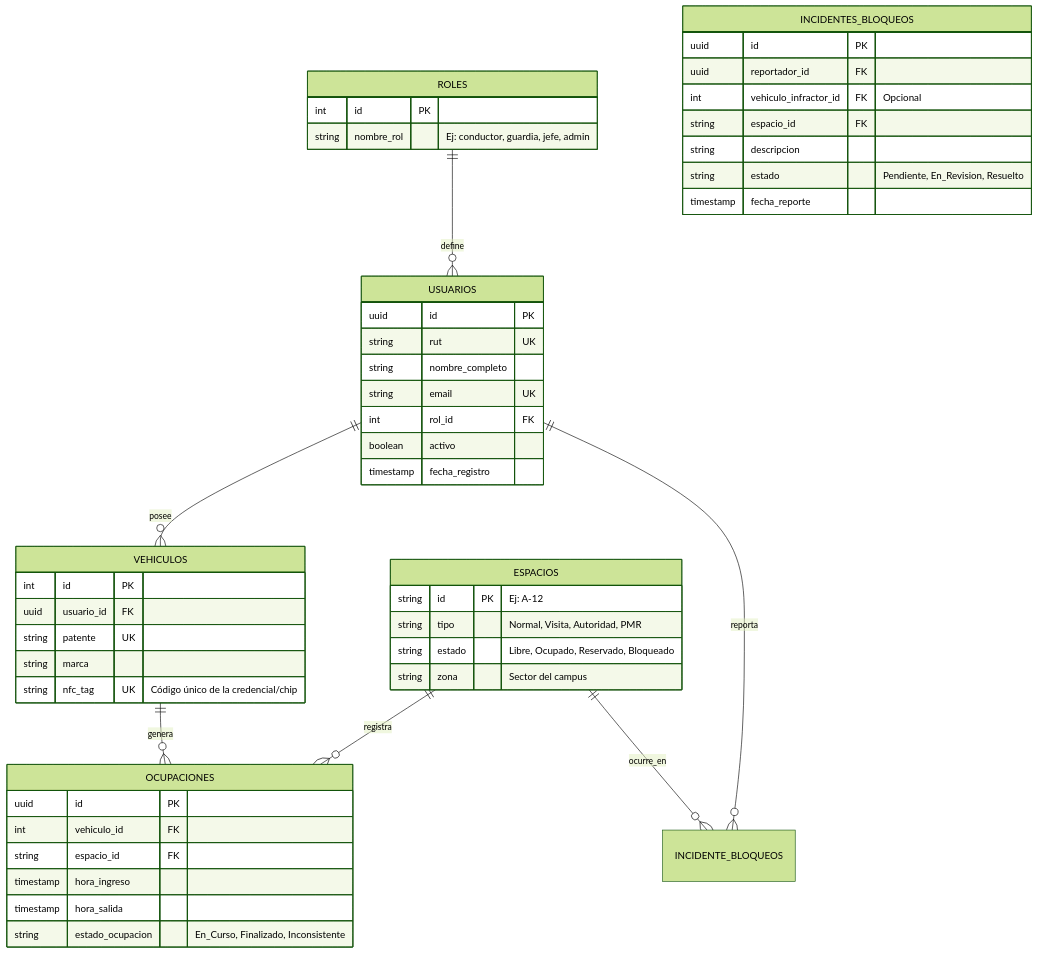
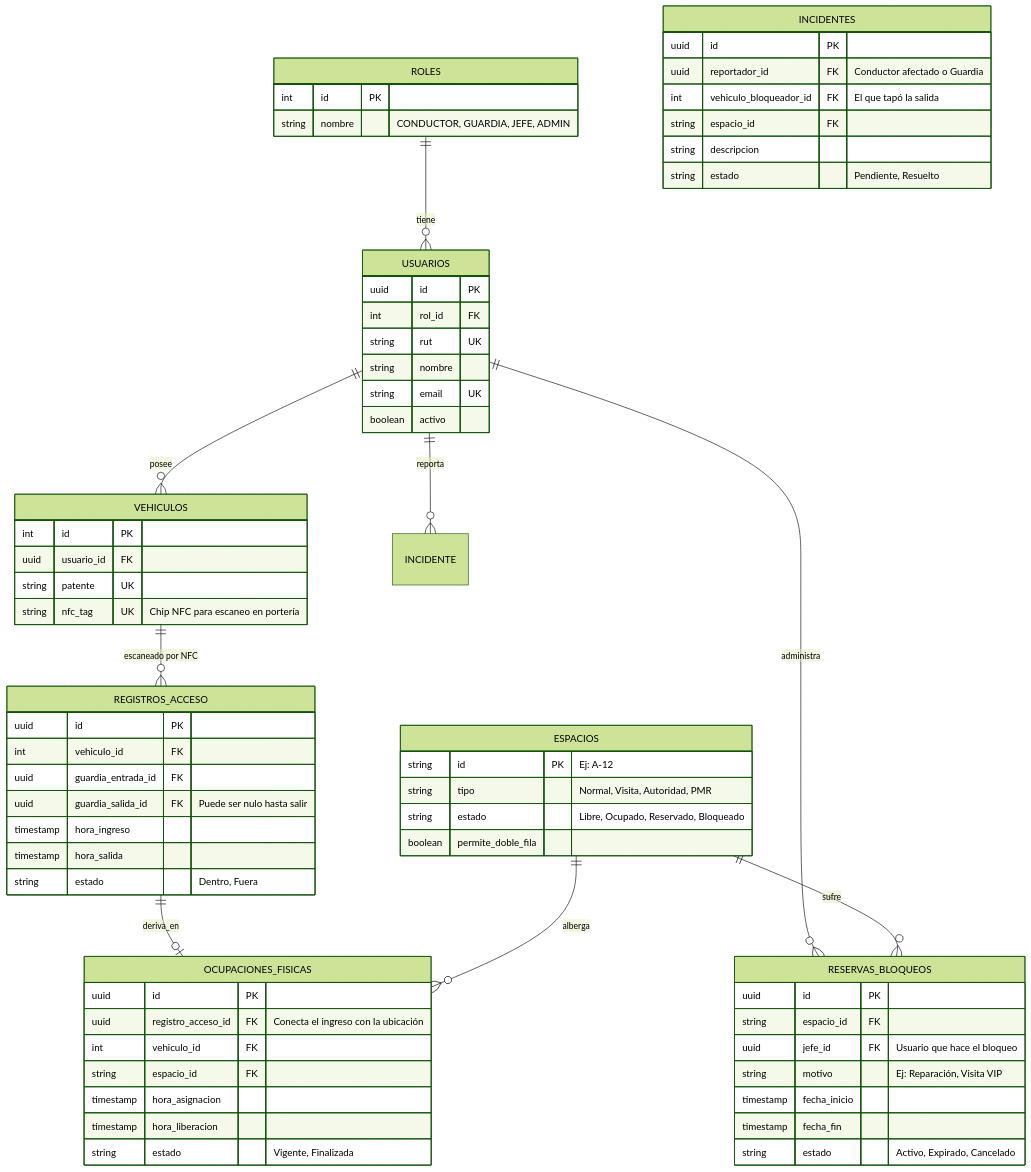
Before and after one commit to josriveraF/estacionamiento_duoc: the diagram in avance pitch/9_BD_y_Prompts_Figma.md, drawn with Mermaid (forest theme). The commit also changed other lines of this file and 77 other files, not shown here.

````diff
--- a/avance pitch/9_BD_y_Prompts_Figma.md
+++ b/avance pitch/9_BD_y_Prompts_Figma.md
@@ -10,61 +11,83 @@
 ```mermaid
 erDiagram
-    %% Entidades Principales
+    %% [SERVICIO 4] SUPER ADMIN GESTIONA ESTAS TABLAS
     ROLES {
         int id PK
-        string nombre_rol "Ej: conductor, guardia, jefe, admin"
+        string nombre "CONDUCTOR, GUARDIA, JEFE, ADMIN"
     }
-    
     USUARIOS {
         uuid id PK
+        int rol_id FK
         string rut UK
-        string nombre_completo
+        string nombre
         string email UK
-        int rol_id FK
         boolean activo
-        timestamp fecha_registro
     }
-
     VEHICULOS {
         int id PK
         uuid usuario_id FK
         string patente UK
-        string marca
-        string nfc_tag UK "Código único de la credencial/chip"
+        string nfc_tag UK "Chip NFC para escaneo en portería"
     }
 
+    %% INFRAESTRUCTURA DE SEDE
     ESPACIOS {
         string id PK "Ej: A-12"
         string tipo "Normal, Visita, Autoridad, PMR"
         string estado "Libre, Ocupado, Reservado, Bloqueado"
-        string zona "Sector del campus"
+        boolean permite_doble_fila
     }
 
-    %% Tablas Transaccionales
-    OCUPACIONES {
+    %% [SERVICIO 2] APP GUARDIA CONTROLA LOS ACCESOS (AFORO)
+    REGISTROS_ACCESO {
         uuid id PK
         int vehiculo_id FK
-        string espacio_id FK
+        uuid guardia_entrada_id FK
+        uuid guardia_salida_id FK "Puede ser nulo hasta salir"
         timestamp hora_ingreso
         timestamp hora_salida
-        string estado_ocupacion "En_Curso, Finalizado, Inconsistente"
+        string estado "Dentro, Fuera"
     }
 
-    INCIDENTES_BLOQUEOS {
+    %% [SERVICIO 1] APP CONDUCTOR CONTROLA LA OCUPACIÓN EXACTA
+    OCUPACIONES_FISICAS {
         uuid id PK
-        uuid reportador_id FK
-        int vehiculo_infractor_id FK "Opcional"
+        uuid registro_acceso_id FK "Conecta el ingreso con la ubicación"
+        int vehiculo_id FK
+        string espacio_id FK
+        timestamp hora_asignacion
+        timestamp hora_liberacion
+        string estado "Vigente, Finalizada"
+    }
+
+    %% [SERVICIO 3] PANEL JEFATURA GESTIONA RESERVAS Y BLOQUEOS
+    RESERVAS_BLOQUEOS {
+        uuid id PK
+        string espacio_id FK
+        uuid jefe_id FK "Usuario que hace el bloqueo"
+        string motivo "Ej: Reparación, Visita VIP"
+        timestamp fecha_inicio
+        timestamp fecha_fin
+        string estado "Activo, Expirado, Cancelado"
+    }
+
+    %% [SERVICIO 1 y 2] CONDUCTORES REPORTAN, GUARDIAS GESTIONAN
+    INCIDENTES {
+        uuid id PK
+        uuid reportador_id FK "Conductor afectado o Guardia"
+        int vehiculo_bloqueador_id FK "El que tapó la salida"
         string espacio_id FK
         string descripcion
-        string estado "Pendiente, En_Revision, Resuelto"
-        timestamp fecha_reporte
+        string estado "Pendiente, Resuelto"
     }
 
     %% Relaciones
-    ROLES ||--o{ USUARIOS : "define"
-    USUARIOS ||--o{ VEHICULOS : "posee"
-    VEHICULOS ||--o{ OCUPACIONES : "genera"
-    ESPACIOS ||--o{ OCUPACIONES : "registra"
-    USUARIOS ||--o{ INCIDENTE_BLOQUEOS : "reporta"
-    ESPACIOS ||--o{ INCIDENTE_BLOQUEOS : "ocurre_en"
+    ROLES ||--o{ USUARIOS : tiene
+    USUARIOS ||--o{ VEHICULOS : posee
+    VEHICULOS ||--o{ REGISTROS_ACCESO : "escaneado por NFC"
+    REGISTROS_ACCESO ||--o| OCUPACIONES_FISICAS : deriva_en
+    ESPACIOS ||--o{ OCUPACIONES_FISICAS : alberga
+    USUARIOS ||--o{ RESERVAS_BLOQUEOS : administra
+    ESPACIOS ||--o{ RESERVAS_BLOQUEOS : sufre
+    USUARIOS ||--o{ INCIDENTE : reporta
 ```
````
